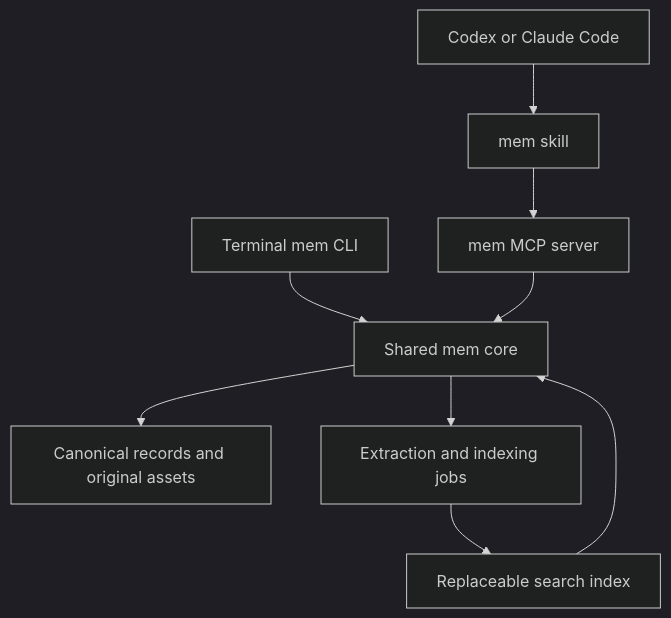
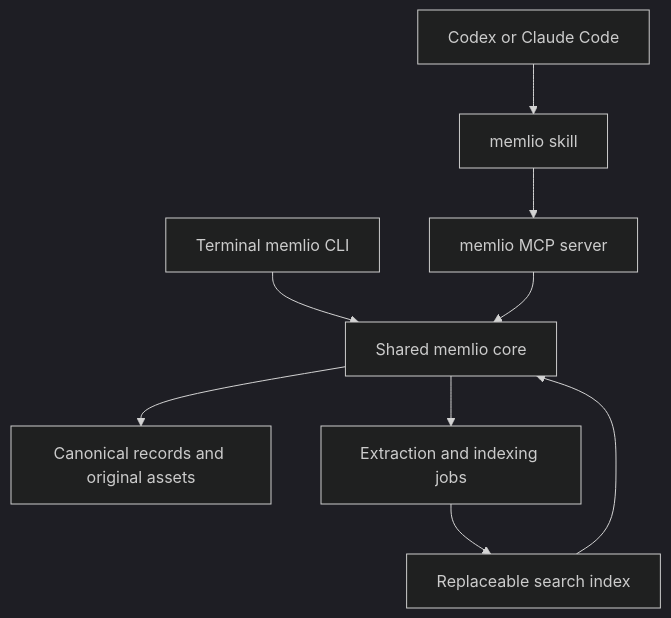
Before and after one commit to yanggaome/memlio: the diagram in PLAN.md, drawn with Mermaid (dark theme). The commit also changed other lines of this file and 20 other files, not shown here.

Commit message:
Rename project, CLI, MCP tools, and skills to Memlio

````diff
--- a/PLAN.md
+++ b/PLAN.md
@@ -80,11 +80,11 @@
 ```mermaid
 flowchart TD
-    A[Codex or Claude Code] --> B[mem skill]
-    B --> C[mem MCP server]
-    D[Terminal mem CLI] --> E[Shared mem core]
+    A[Codex or Claude Code] --> B[memlio skill]
+    B --> C[memlio MCP server]
+    D[Terminal memlio CLI] --> E[Shared memlio core]
     C --> E
     E --> F[Canonical records and original assets]
     E --> G[Extraction and indexing jobs]
     G --> H[Replaceable search index]
     H --> E
 ```
````
